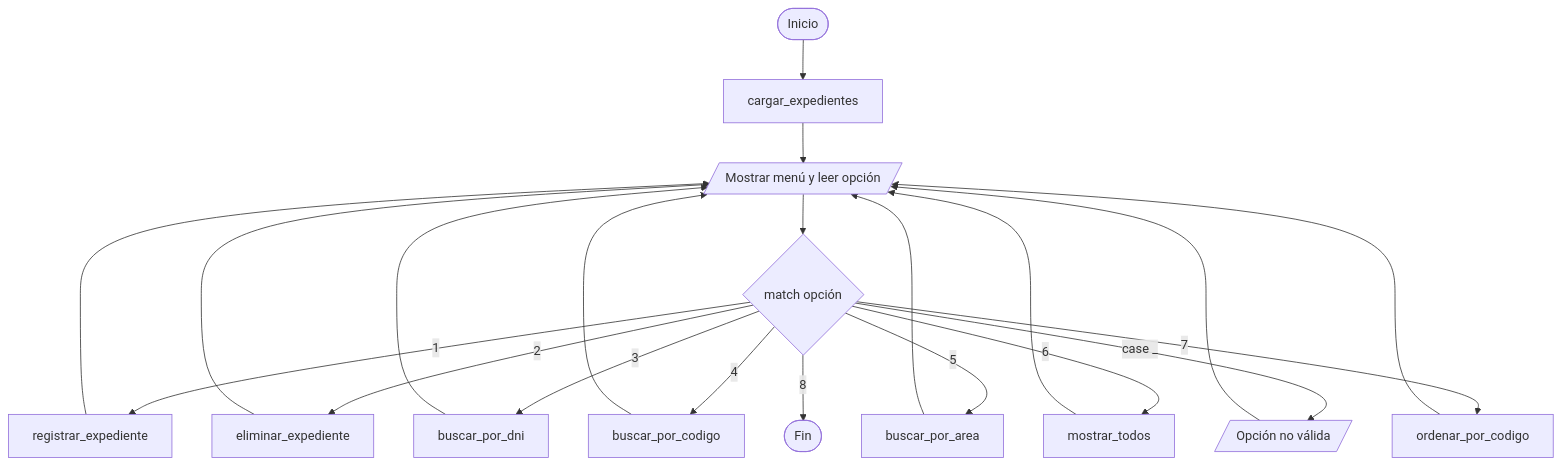
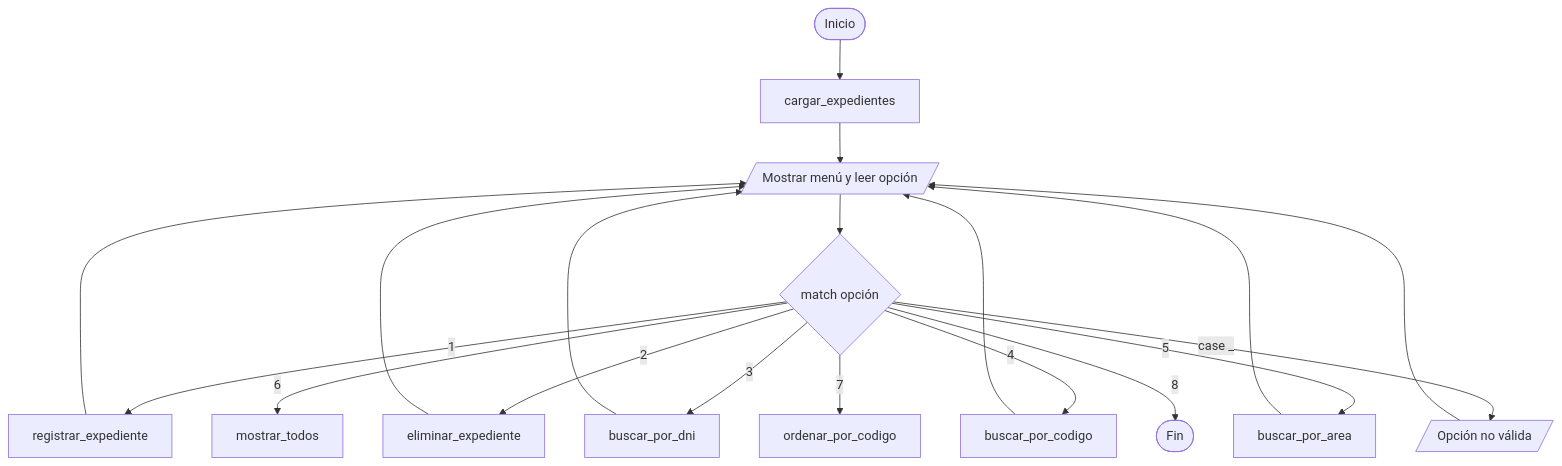
One commit to amiir3k/mesa-partes-digital changed the diagram in README.md. Above: the diagram before and after it, drawn with Mermaid. The commit also changed other lines of this file and 3 other files, not shown here.

````diff
--- a/README.md
+++ b/README.md
@@ -135,16 +134,16 @@
 ```mermaid
 flowchart TD
     A([Inicio]) --> B[cargar_expedientes]
     B --> C[/Mostrar menú y leer opción/]
     C --> D{match opción}
     D -- 1 --> E[registrar_expediente]
     D -- 2 --> F[eliminar_expediente]
     D -- 3 --> G[buscar_por_dni]
     D -- 4 --> H[buscar_por_codigo]
     D -- 5 --> I[buscar_por_area]
     D -- 6 --> J[mostrar_todos]
     D -- case _ --> L[/Opción no válida/]
     D -- 7 --> K[ordenar_por_codigo]
     D -- 8 --> Z([Fin])
-    E & F & G & H & I & J & K & L --> C
+    E & F & G & H & I & L --> C
 ```
````
